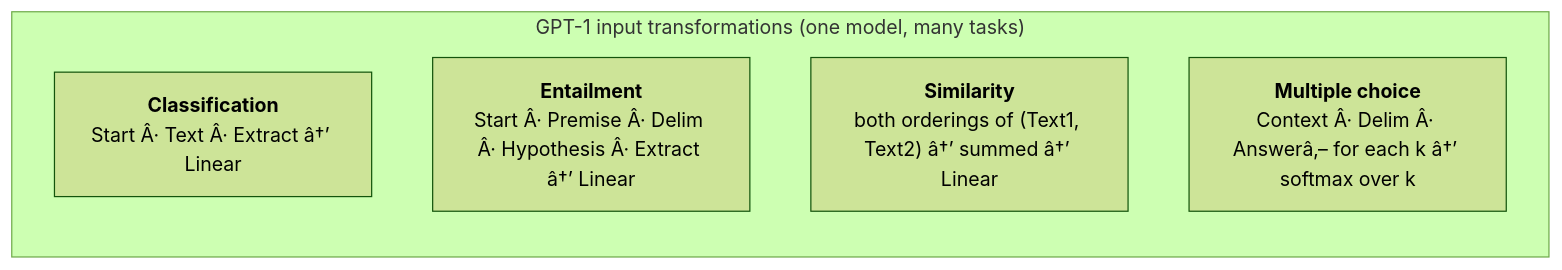
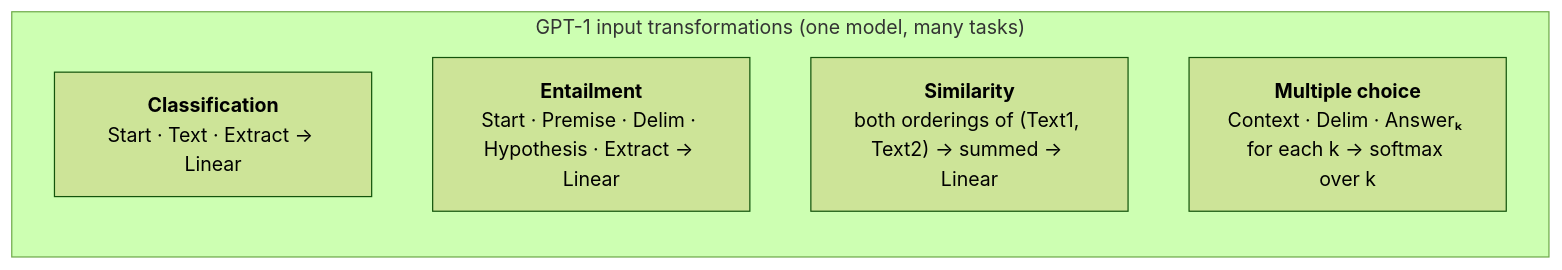
Before and after one commit to cyourth/neural-network-lineage: diagram 15 of 15 in README.md, drawn with Mermaid (forest theme). The commit also changed other lines of this file, not shown here.

````diff
--- a/README.md
+++ b/README.md
@@ -612,10 +612,10 @@
 ```mermaid
 flowchart TB
     subgraph FMT["GPT-1 input transformations (one model, many tasks)"]
         direction TB
-        C["<b>Classification</b><br/>Start Â· Text Â· Extract â†’ Linear"]
-        E["<b>Entailment</b><br/>Start Â· Premise Â· Delim Â· Hypothesis Â· Extract â†’ Linear"]
-        SIM["<b>Similarity</b><br/>both orderings of (Text1, Text2) â†’ summed â†’ Linear"]
-        MC["<b>Multiple choice</b><br/>Context Â· Delim Â· Answerâ‚– for each k â†’ softmax over k"]
+        C["<b>Classification</b><br/>Start · Text · Extract → Linear"]
+        E["<b>Entailment</b><br/>Start · Premise · Delim · Hypothesis · Extract → Linear"]
+        SIM["<b>Similarity</b><br/>both orderings of (Text1, Text2) → summed → Linear"]
+        MC["<b>Multiple choice</b><br/>Context · Delim · Answerₖ for each k → softmax over k"]
     end
 ```
````
